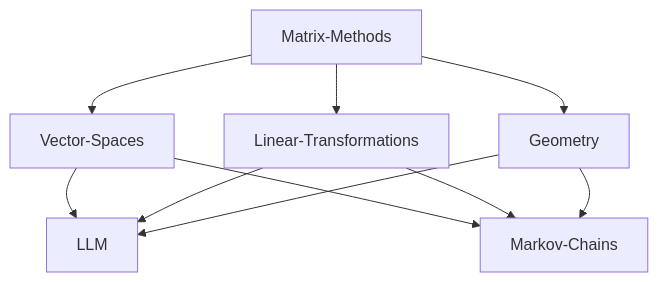
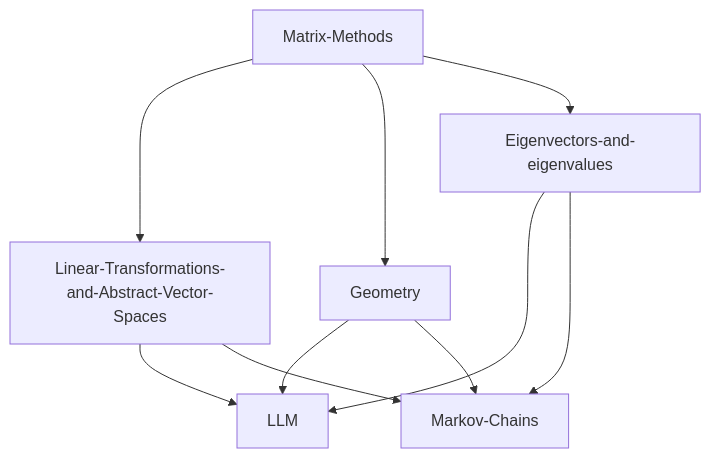
One commit to mooculus/la-carte changed the diagram in README.md. Above: the diagram before and after it, drawn with Mermaid. The commit also changed other lines of this file and 5 other files, not shown here.

````diff
--- a/README.md
+++ b/README.md
@@ -6,12 +7,13 @@
 ```mermaid
   graph TD;
-      Matrix-Methods --> Vector-Spaces;
-      Matrix-Methods --> Linear-Transformations;
+	  Matrix-Methods --> Linear-Transformations-and-Abstract-Vector-Spaces;
 	  Matrix-Methods --> Geometry;
-	  Vector-Spaces --> LLM;
-	  Linear-Transformations --> LLM;
+	  Matrix-Methods --> Eigenvectors-and-eigenvalues;
+	  Linear-Transformations-and-Abstract-Vector-Spaces --> LLM;
 	  Geometry --> LLM;
-	  Vector-Spaces --> Markov-Chains;
-	  Linear-Transformations --> Markov-Chains;
+	  Eigenvectors-and-eigenvalues ---> LLM;
+	  Linear-Transformations-and-Abstract-Vector-Spaces --> Markov-Chains;
 	  Geometry --> Markov-Chains;
+	  Eigenvectors-and-eigenvalues ---> Markov-Chains;
+
 ```
````
